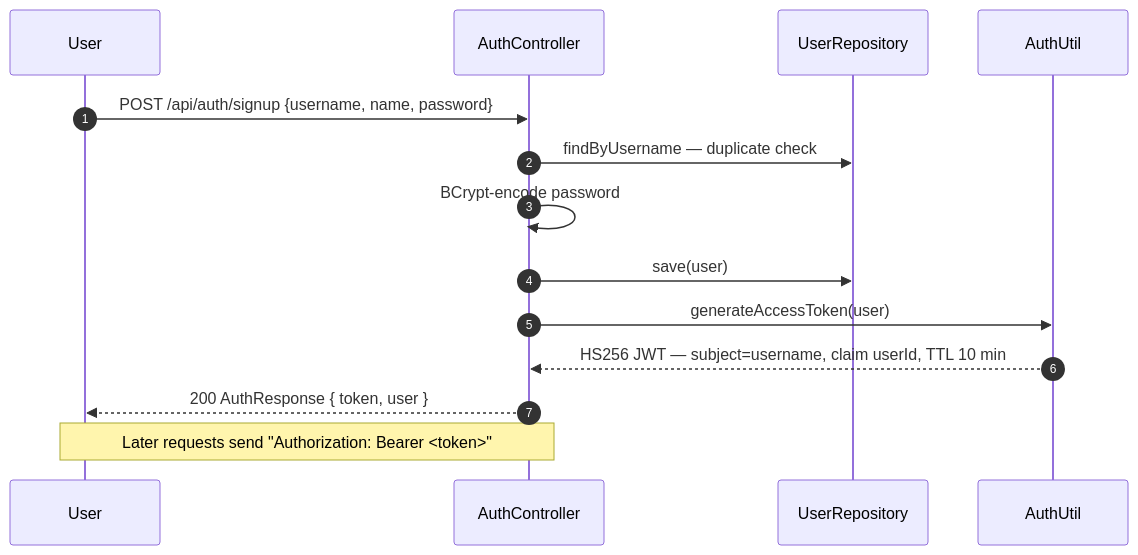
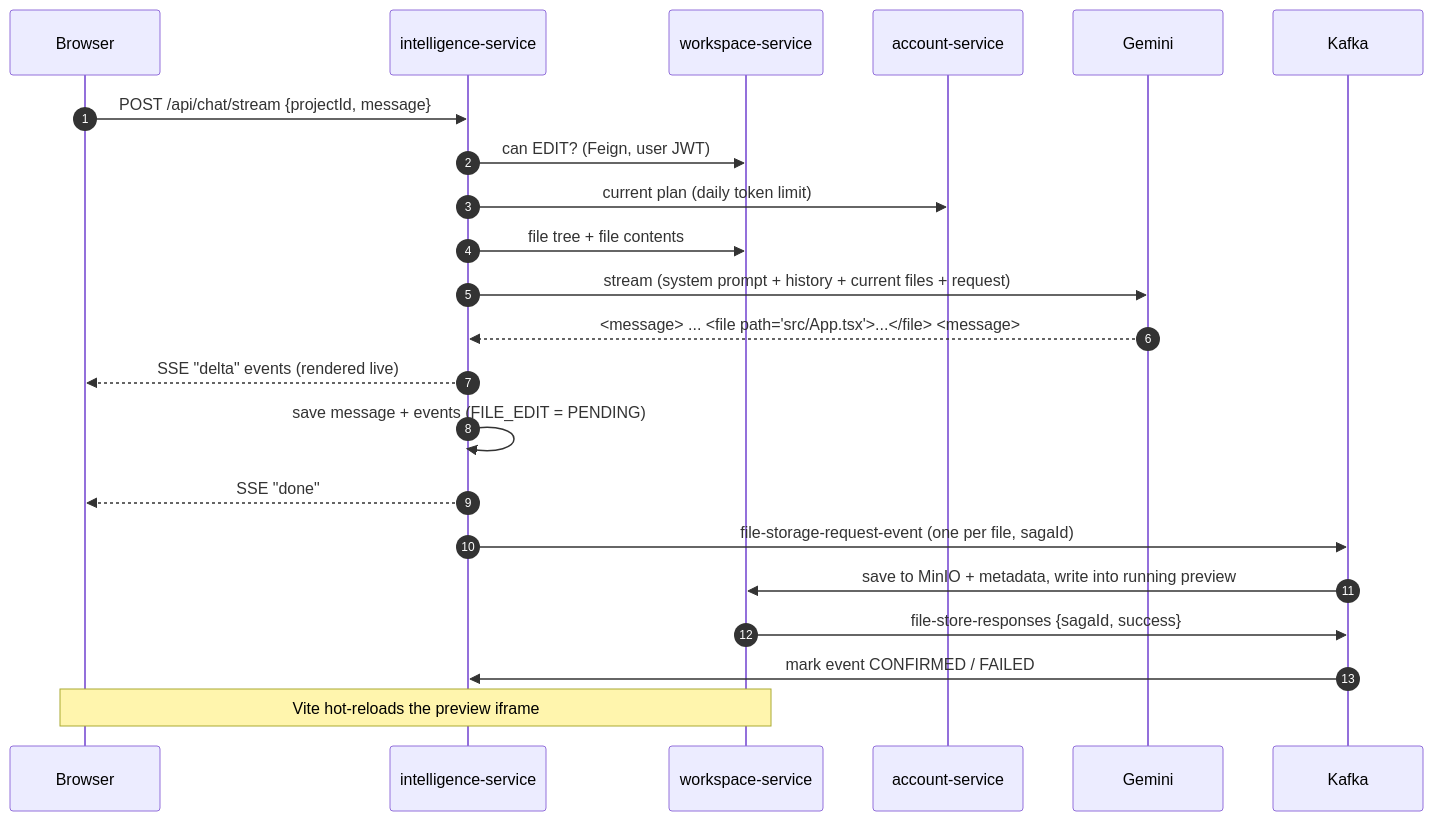
Before and after one commit to Asmit057/HighVibe: the second of 2 diagrams in README.md, drawn with Mermaid. The commit also changed other lines of this file and 4 other files, not shown here.

First line of the commit message:
docs: README, project explanation, API guide and Postman collection

````diff
--- a/README.md
+++ b/README.md
@@ -436,18 +129,25 @@
 ```mermaid
 sequenceDiagram
     autonumber
-    participant U as User
-    participant AC as AuthController
-    participant UR as UserRepository
-    participant AU as AuthUtil
+    participant U as Browser
+    participant I as intelligence-service
+    participant W as workspace-service
+    participant A as account-service
+    participant C as Gemini
+    participant K as Kafka
 
-    U->>AC: POST /api/auth/signup {username, name, password}
-    AC->>UR: findByUsername — duplicate check
-    AC->>AC: BCrypt-encode password
-    AC->>UR: save(user)
-    AC->>AU: generateAccessToken(user)
-    AU-->>AC: HS256 JWT — subject=username, claim userId, TTL 10 min
-    AC-->>U: 200 AuthResponse { token, user }
-
-    Note over U,AC: Later requests send "Authorization: Bearer <token>"
+    U->>I: POST /api/chat/stream {projectId, message}
+    I->>W: can EDIT? (Feign, user JWT)
+    I->>A: current plan (daily token limit)
+    I->>W: file tree + file contents
+    I->>C: stream (system prompt + history + current files + request)
+    C-->>I: <message> ... <file path="src/App.tsx">...</file> <message>
+    I-->>U: SSE "delta" events (rendered live)
+    I->>I: save message + events (FILE_EDIT = PENDING)
+    I-->>U: SSE "done"
+    I->>K: file-storage-request-event (one per file, sagaId)
+    K->>W: save to MinIO + metadata, write into running preview
+    W->>K: file-store-responses {sagaId, success}
+    K->>I: mark event CONFIRMED / FAILED
+    Note over U,W: Vite hot-reloads the preview iframe
 ```
````
